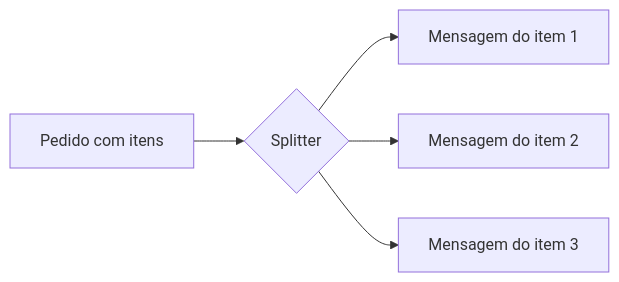
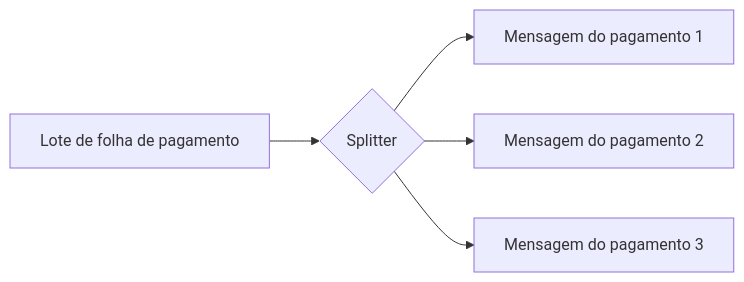
One commit to alancesar/design-patterns changed the diagram in docs/architecture/eip/message-routing/splitter.md. Above: the diagram before and after it, drawn with Mermaid. The commit also changed other lines of this file and 11 other files, not shown here.

Commit message:
Switch eip concrete diagrams to fintech scenarios

````diff
--- a/docs/architecture/eip/message-routing/splitter.md
+++ b/docs/architecture/eip/message-routing/splitter.md
@@ -52,7 +52,7 @@
 ```mermaid
 flowchart LR
-    M["Pedido com itens"] --> S{"Splitter"}
-    S --> I1["Mensagem do item 1"]
-    S --> I2["Mensagem do item 2"]
-    S --> I3["Mensagem do item 3"]
+    M["Lote de folha de pagamento"] --> S{"Splitter"}
+    S --> I1["Mensagem do pagamento 1"]
+    S --> I2["Mensagem do pagamento 2"]
+    S --> I3["Mensagem do pagamento 3"]
 ```
````
